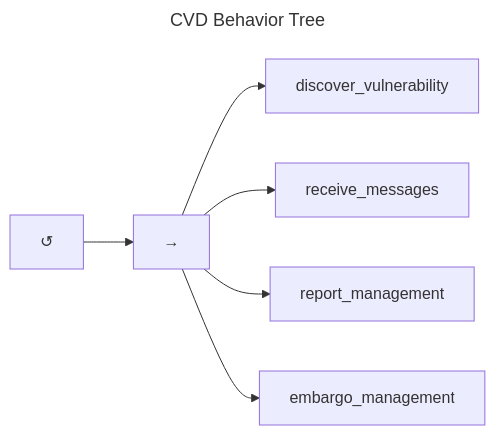
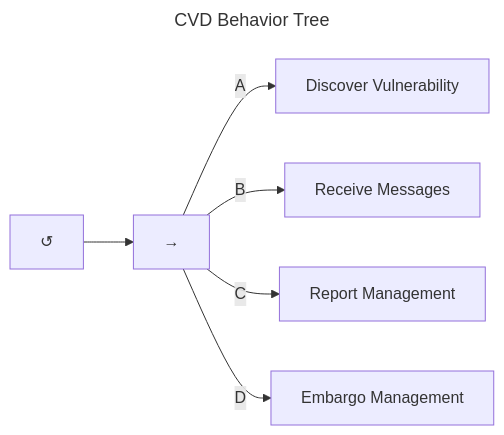
One commit to CERTCC/Vultron changed the diagram in docs/topics/behavior_logic/cvd_bt.md. Above: the diagram before and after it, drawn with Mermaid. The commit also changed other lines of this file and 21 other files, not shown here.

````diff
--- a/docs/topics/behavior_logic/cvd_bt.md
+++ b/docs/topics/behavior_logic/cvd_bt.md
@@ -7,13 +7,17 @@
 ```mermaid
 ---
 title: CVD Behavior Tree
 ---
 flowchart LR
     root["#8634;"]
     seq["&rarr;"]
-    root --> seq
-    seq --> discover_vulnerability
-    seq --> receive_messages
-    seq --> report_management
-    seq --> embargo_management
+    discover_vulnerability["Discover Vulnerability"]
+    receive_messages["Receive Messages"]
+    report_management["Report Management"]
+    embargo_management["Embargo Management"]
+    root --> seq 
+    seq -->|A| discover_vulnerability 
+    seq -->|B| receive_messages
+    seq -->|C| report_management
+    seq -->|D| embargo_management
 ```
````
